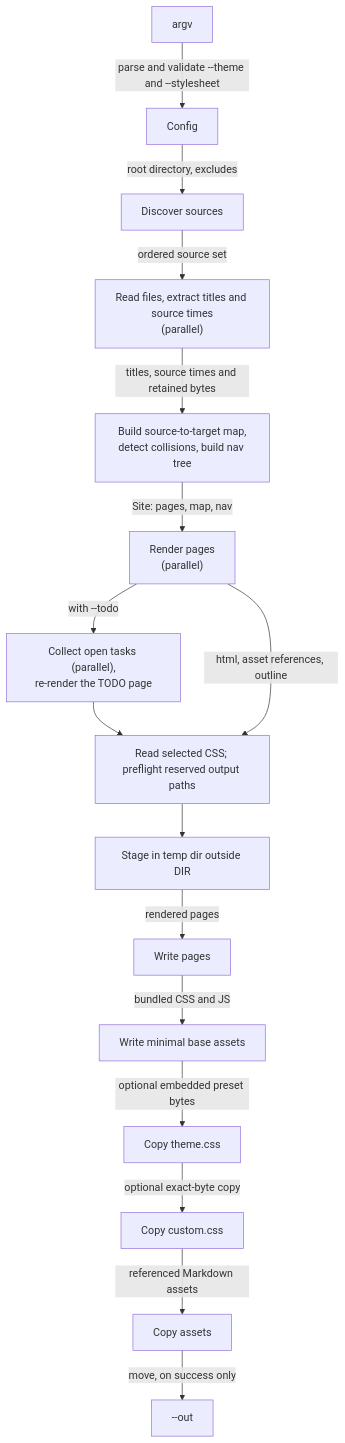
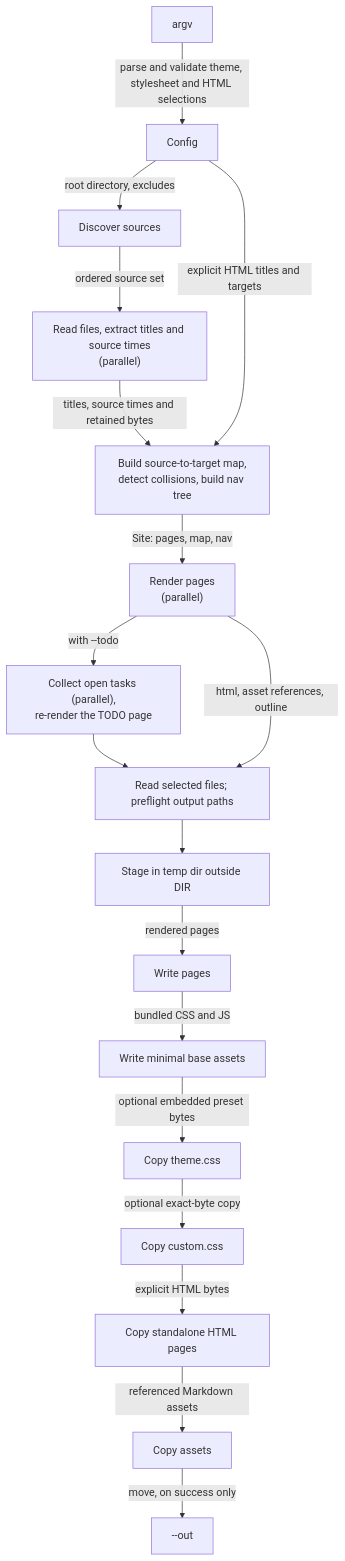
Before and after one commit to AltaraInc/ohimark: the first of 2 diagrams in docs/architecture.md, drawn with Mermaid. The commit also changed other lines of this file and 16 other files, not shown here.

Commit message:
feat(cli): support standalone HTML pages in sidebar

````diff
--- a/docs/architecture.md
+++ b/docs/architecture.md
@@ -14,19 +15,21 @@
 ```mermaid
 flowchart TD
-  ARGS["argv"] -->|"parse and validate --theme and --stylesheet"| CFG["Config"]
+  ARGS["argv"] -->|"parse and validate theme, stylesheet and HTML selections"| CFG["Config"]
   CFG -->|"root directory, excludes"| WALK["Discover sources"]
   WALK -->|"ordered source set"| READ["Read files, extract titles and source times<br/>(parallel)"]
   READ -->|"titles, source times and retained bytes"| MAP["Build source-to-target map,<br/>detect collisions, build nav tree"]
+  CFG -->|"explicit HTML titles and targets"| MAP
   MAP -->|"Site: pages, map, nav"| REND["Render pages<br/>(parallel)"]
   REND -->|"with --todo"| TODO["Collect open tasks (parallel),<br/>re-render the TODO page"]
   TODO --> PREFLIGHT
-  REND -->|"html, asset references, outline"| PREFLIGHT["Read selected CSS; preflight reserved output paths"]
+  REND -->|"html, asset references, outline"| PREFLIGHT["Read selected files; preflight output paths"]
   PREFLIGHT --> STAGE
   STAGE["Stage in temp dir outside DIR"]
   STAGE -->|"rendered pages"| PAGES["Write pages"]
   PAGES -->|"bundled CSS and JS"| TH["Write minimal base assets"]
   TH -->|"optional embedded preset bytes"| PRESET["Copy theme.css"]
   PRESET -->|"optional exact-byte copy"| CUSTOM["Copy custom.css"]
-  CUSTOM -->|"referenced Markdown assets"| COPY["Copy assets"]
+  CUSTOM -->|"explicit HTML bytes"| HTML["Copy standalone HTML pages"]
+  HTML -->|"referenced Markdown assets"| COPY["Copy assets"]
   COPY -->|"move, on success only"| OUT["--out"]
 ```
````
